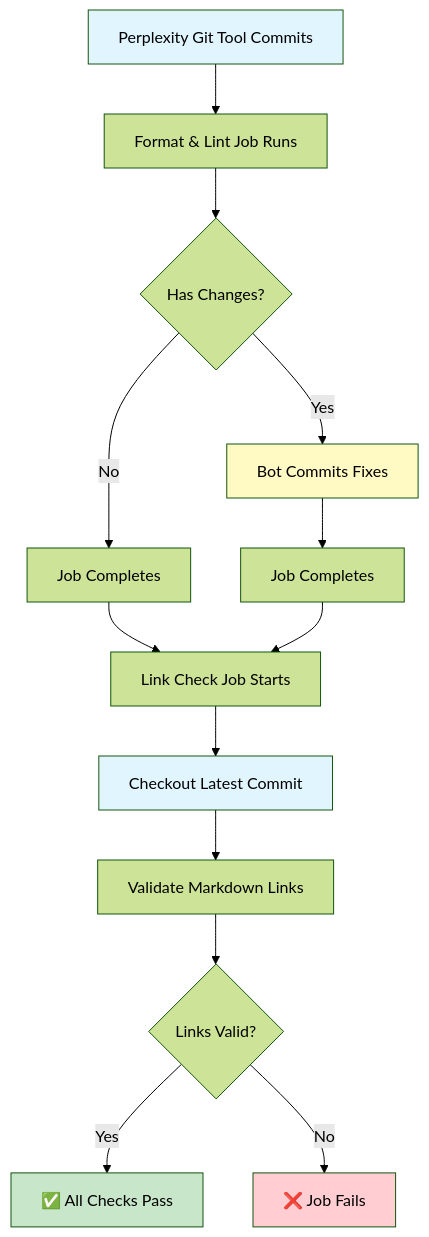
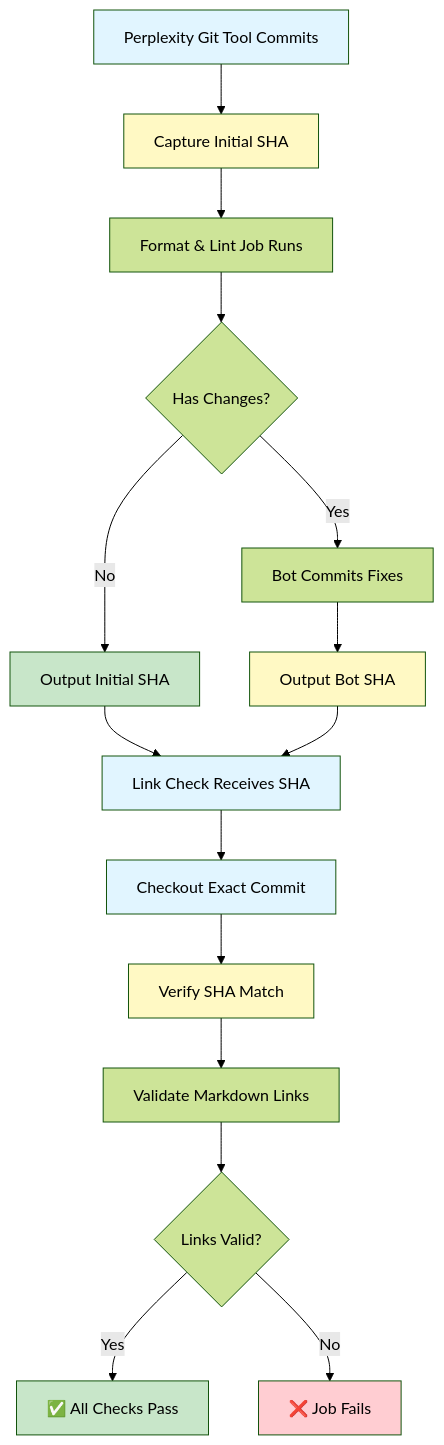
One commit to borealBytes/startup-blueprint changed the first of 4 diagrams in .github/CI_CD_GUIDE.md. Above: the diagram before and after it, drawn with Mermaid (forest theme). The commit also changed other lines of this file, not shown here.

First line of the commit message:
docs(ci): Update mermaid diagram and fix Key Features formatting

````diff
--- a/.github/CI_CD_GUIDE.md
+++ b/.github/CI_CD_GUIDE.md
@@ -39,21 +45,27 @@
 ```mermaid
 flowchart TD
-    A[Perplexity Git Tool Commits] --> B[Format & Lint Job Runs]
-    B --> C{Has Changes?}
-    C -->|Yes| D[Bot Commits Fixes]
-    C -->|No| E[Job Completes]
-    D --> F[Job Completes]
-    E --> G[Link Check Job Starts]
-    F --> G
-    G --> H[Checkout Latest Commit]
-    H --> I[Validate Markdown Links]
-    I --> J{Links Valid?}
-    J -->|Yes| K[✅ All Checks Pass]
-    J -->|No| L[❌ Job Fails]
-
+    A[Perplexity Git Tool Commits] --> B[Capture Initial SHA]
+    B --> C[Format & Lint Job Runs]
+    C --> D{Has Changes?}
+    D -->|Yes| E[Bot Commits Fixes]
+    D -->|No| F[Output Initial SHA]
+    E --> G[Output Bot SHA]
+    F --> H[Link Check Receives SHA]
+    G --> H
+    H --> I[Checkout Exact Commit]
+    I --> J[Verify SHA Match]
+    J --> K[Validate Markdown Links]
+    K --> L{Links Valid?}
+    L -->|Yes| M[✅ All Checks Pass]
+    L -->|No| N[❌ Job Fails]
+    
     style A fill:#e1f5ff
-    style K fill:#c8e6c9
-    style L fill:#ffcdd2
-    style D fill:#fff9c4
+    style B fill:#fff9c4
+    style F fill:#c8e6c9
+    style G fill:#fff9c4
     style H fill:#e1f5ff
+    style I fill:#e1f5ff
+    style J fill:#fff9c4
+    style M fill:#c8e6c9
+    style N fill:#ffcdd2
 ```
````
